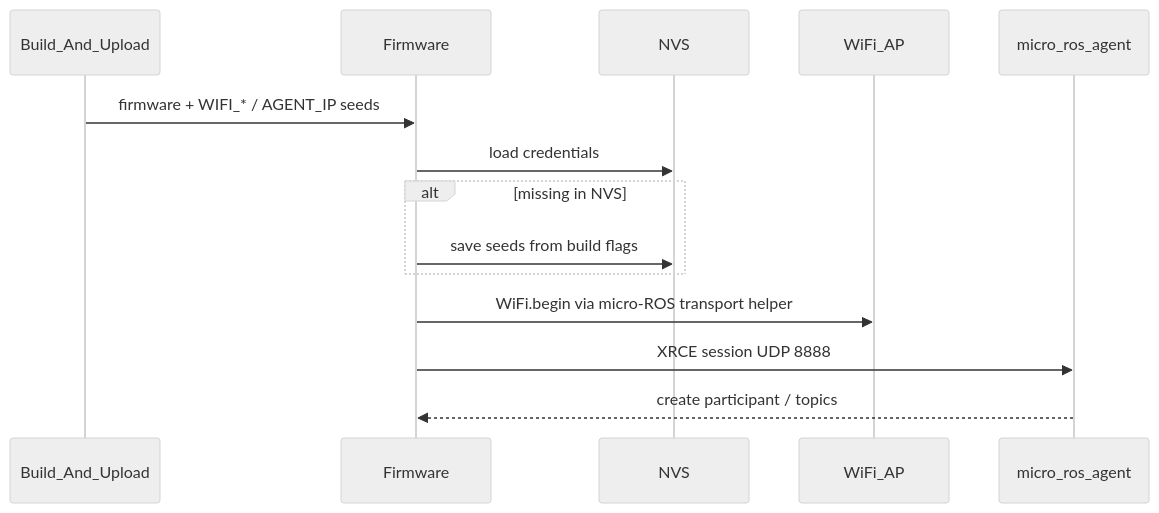
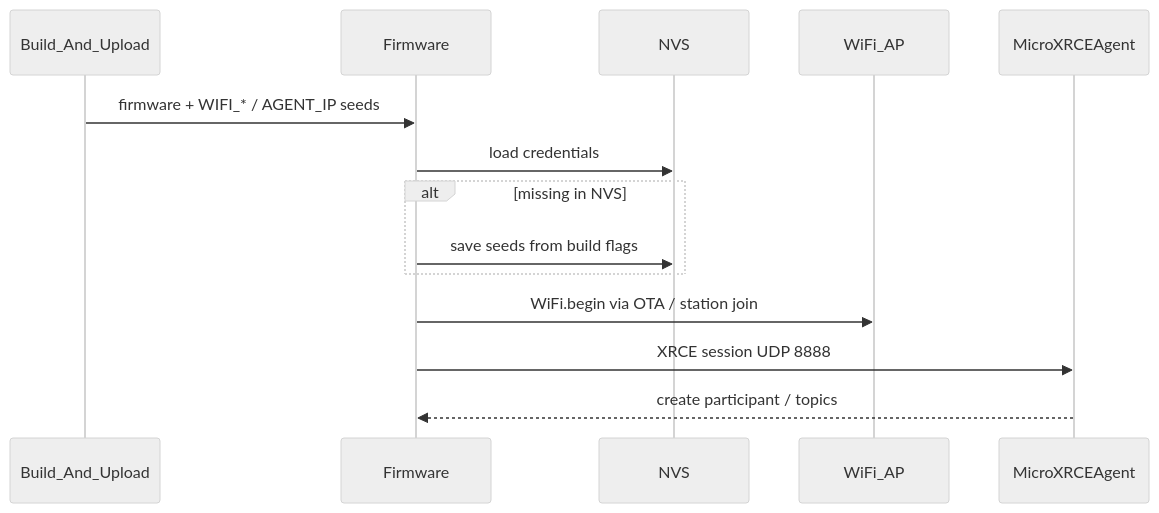
One commit to Nutz95/ROSEyes changed the third of 3 diagrams in docs/ARCHITECTURE.md. Above: the diagram before and after it, drawn with Mermaid (neutral theme). The commit also changed other lines of this file and 6 other files, not shown here.

First line of the commit message:
Document ball tracking, ROS topics, and debug cockpit flow.

````diff
--- a/docs/ARCHITECTURE.md
+++ b/docs/ARCHITECTURE.md
@@ -79,17 +94,17 @@
 ```mermaid
 sequenceDiagram
   participant Flash as Build_And_Upload
   participant Esp as Firmware
   participant Nvs as NVS
   participant Ap as WiFi_AP
-  participant Agent as micro_ros_agent
+  participant Agent as MicroXRCEAgent
 
   Flash->>Esp: firmware + WIFI_* / AGENT_IP seeds
   Esp->>Nvs: load credentials
   alt missing in NVS
     Esp->>Nvs: save seeds from build flags
   end
-  Esp->>Ap: WiFi.begin via micro-ROS transport helper
+  Esp->>Ap: WiFi.begin via OTA / station join
   Esp->>Agent: XRCE session UDP 8888
   Agent-->>Esp: create participant / topics
 ```
````
